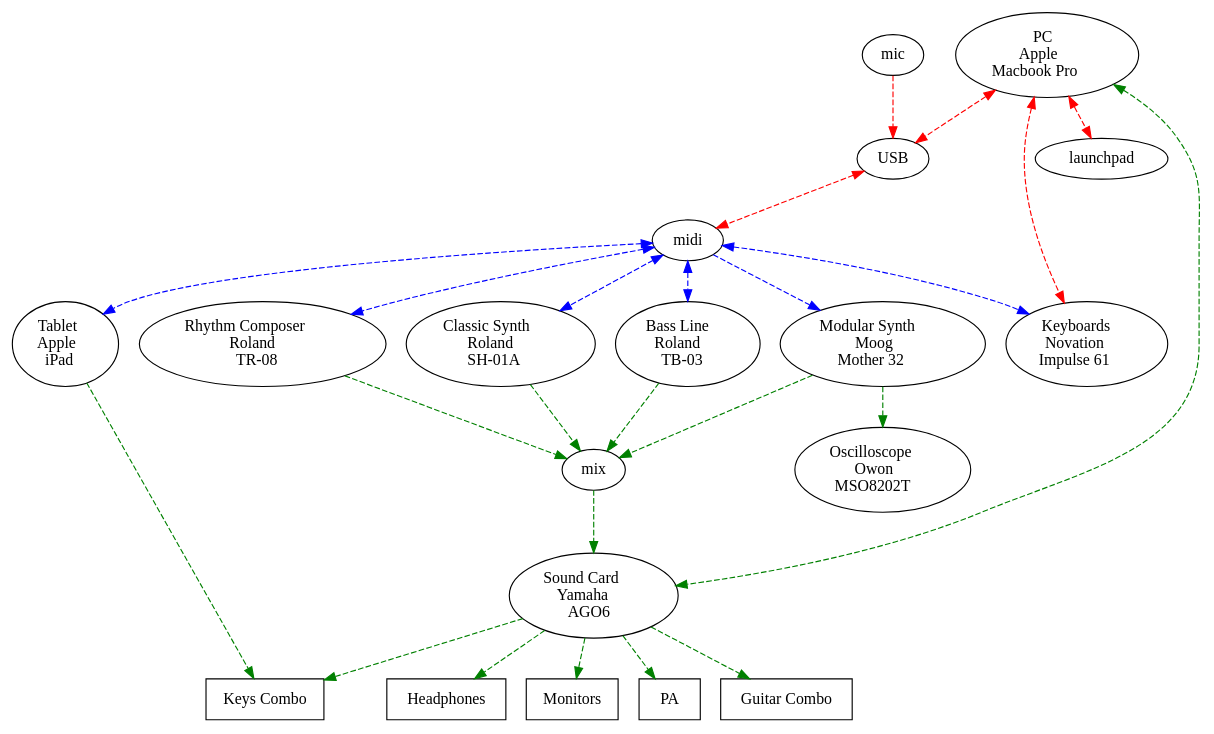
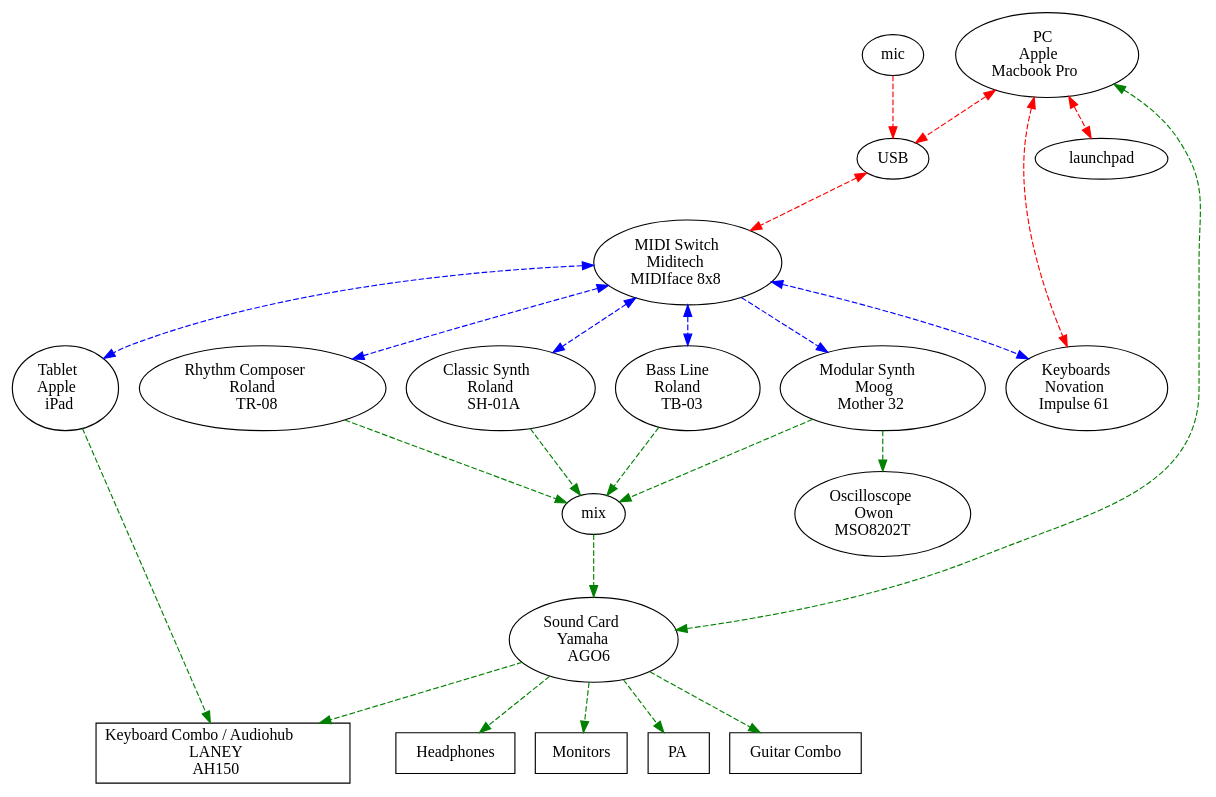
Before and after one commit to korczis/dj-schnapps: the diagram in dots/infrastructure.dot, drawn with Graphviz. The commit also changed 5 other files, not shown here.

```diff
--- a/dots/infrastructure.dot
+++ b/dots/infrastructure.dot
@@ -1,90 +1,91 @@
 
 
 
 
 
 
 digraph G {
     concentrate=true;
 
     # Root nodes
     pc [label=<PC <br/> Apple <br/> Macbook Pro>];
     usb [label="USB"];
 
     # Root connections
     pc -> usb [style=dashed, color=red];
     usb -> pc [style=dashed, color=red];
 
     snd [label=<Sound Card <br/> Yamaha <br/> AGO6>];
     pc -> snd [style=dashed, color=green];
     snd -> pc [style=dashed, color=green];
 
     keys [label=<Keyboards <br/> Novation <br/> Impulse 61>]
     pc -> keys [style=dashed, color=red];
     keys -> pc [style=dashed, color=red];
 
     # Midi
+    midi [label=<MIDI Switch <br/> Midi­tech <br/> MIDI­face 8x8>]
     midi -> usb [style=dashed, color=red];
     usb -> midi [style=dashed, color=red];
 
     mic -> usb [style=dashed, color=red];
 
     keys -> midi [style=dashed, color=blue];
     midi -> keys [style=dashed, color=blue];
 
     tablet [label=<Tablet <br/> Apple <br/> iPad>]
     tablet -> midi [style=dashed, color=blue];
     midi -> tablet [style=dashed, color=blue];
 
     # Moog
     moog [label=<Modular Synth <br/> Moog <br/> Mother 32>];
     midi -> moog [style=dashed, color=blue];
 
     # TB-03
     tb03 [label=<Bass Line <br/> Roland <br/> TB-03>];
     tb03 -> midi [style=dashed, color=blue];
     midi -> tb03 [style=dashed, color=blue];
 
     tr08 [label=<Rhythm Composer <br/> Roland <br/> TR-08>];
     tr08 -> midi [style=dashed, color=blue];
     midi -> tr08 [style=dashed, color=blue];
 
     sh01 [label=<Classic Synth <br/> Roland <br/> SH-01A>];
     sh01 -> midi [style=dashed, color=blue];
     midi -> sh01 [style=dashed, color=blue];
 
     mix -> snd [style=dashed, color=green];
 
     # Synths to mix
     moog -> mix [style=dashed, color=green];
     tb03 -> mix [style=dashed, color=green];
     tr08 -> mix [style=dashed, color=green];
     sh01 -> mix [style=dashed, color=green];
 
     pc -> launchpad [style=dashed, color=red];
     launchpad -> pc [style=dashed, color=red];
 
     # Sound outputs
 
     ## Output - Definitions
     node [shape=box];
 
     guitar_combo [label = "Guitar Combo"];
-    keys_combo [label = "Keys Combo"];
+    keys_combo [label = <Keyboard Combo / Audiohub <br/> LANEY <br/> AH150>];
     headphones [label = "Headphones"];
     monitors [label = "Monitors"];
-    pa [label = "PA"];
+    pa [label=<PA>];
 
     ## Output - Connections
     snd -> pa [style=dashed, color=green];
     snd -> guitar_combo [style=dashed, color=green];
     snd -> monitors [style=dashed, color=green];
     snd -> headphones [style=dashed, color=green];
     snd -> keys_combo [style=dashed, color=green];
 
     tablet -> keys_combo [style=dashed, color=green];
 
     # Extra stuff
     oscilloscope [label=<Oscilloscope <br/> Owon <br/> MSO8202T>, shape="ellipse"];
     moog -> oscilloscope [style=dashed, color=green];
 }
```
